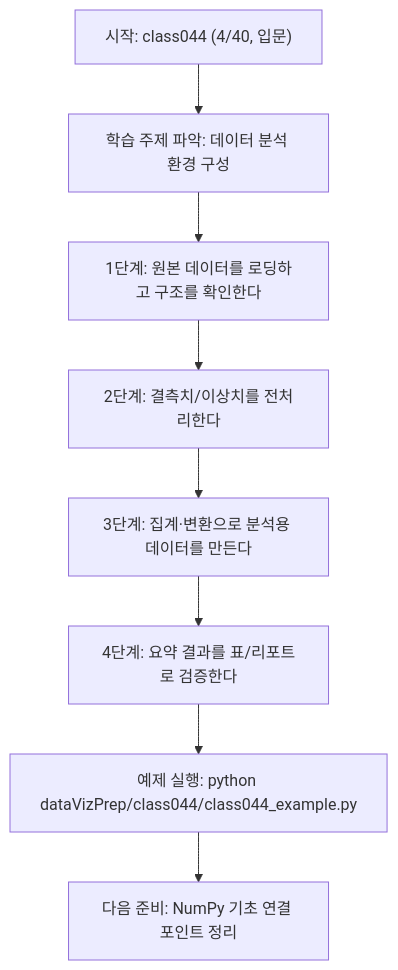
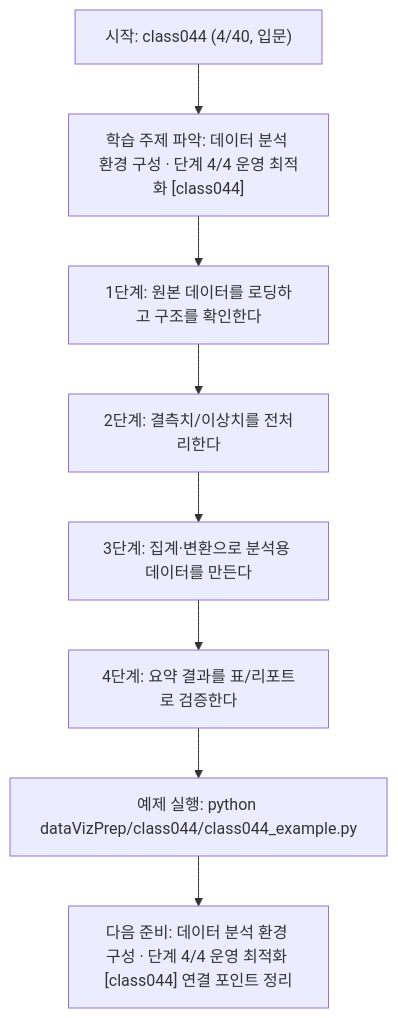
The diagram in dataVizPrep/class044/class044.md (edumgt/Python-AI_Agent-Class), drawn with Mermaid before and after one commit. The commit also changed other lines of this file and 522 other files, not shown here.

````diff
--- a/dataVizPrep/class044/class044.md
+++ b/dataVizPrep/class044/class044.md
@@ -111,18 +112,18 @@
 ```mermaid
 flowchart TD
 N1["시작: class044 (4/40, 입문)"]
-N2["학습 주제 파악: 데이터 분석 환경 구성"]
+N2["학습 주제 파악: 데이터 분석 환경 구성 · 단계 4/4 운영 최적화 [class044]"]
 N3["1단계: 원본 데이터를 로딩하고 구조를 확인한다"]
 N4["2단계: 결측치/이상치를 전처리한다"]
 N5["3단계: 집계·변환으로 분석용 데이터를 만든다"]
 N6["4단계: 요약 결과를 표/리포트로 검증한다"]
 N7["예제 실행: python dataVizPrep/class044/class044_example.py"]
-N8["다음 준비: NumPy 기초 연결 포인트 정리"]
+N8["다음 준비: 데이터 분석 환경 구성 · 단계 4/4 운영 최적화 [class044] 연결 포인트 정리"]
 N1 --> N2
 N2 --> N3
 N3 --> N4
 N4 --> N5
 N5 --> N6
 N6 --> N7
 N7 --> N8
 ```
````
